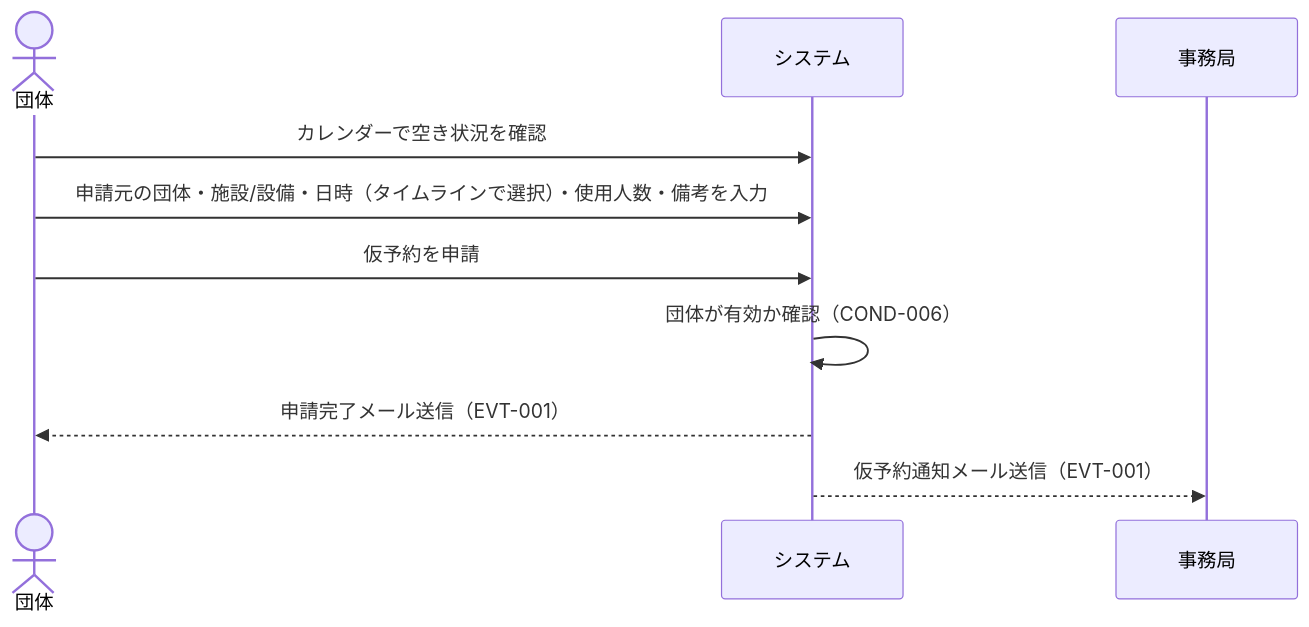
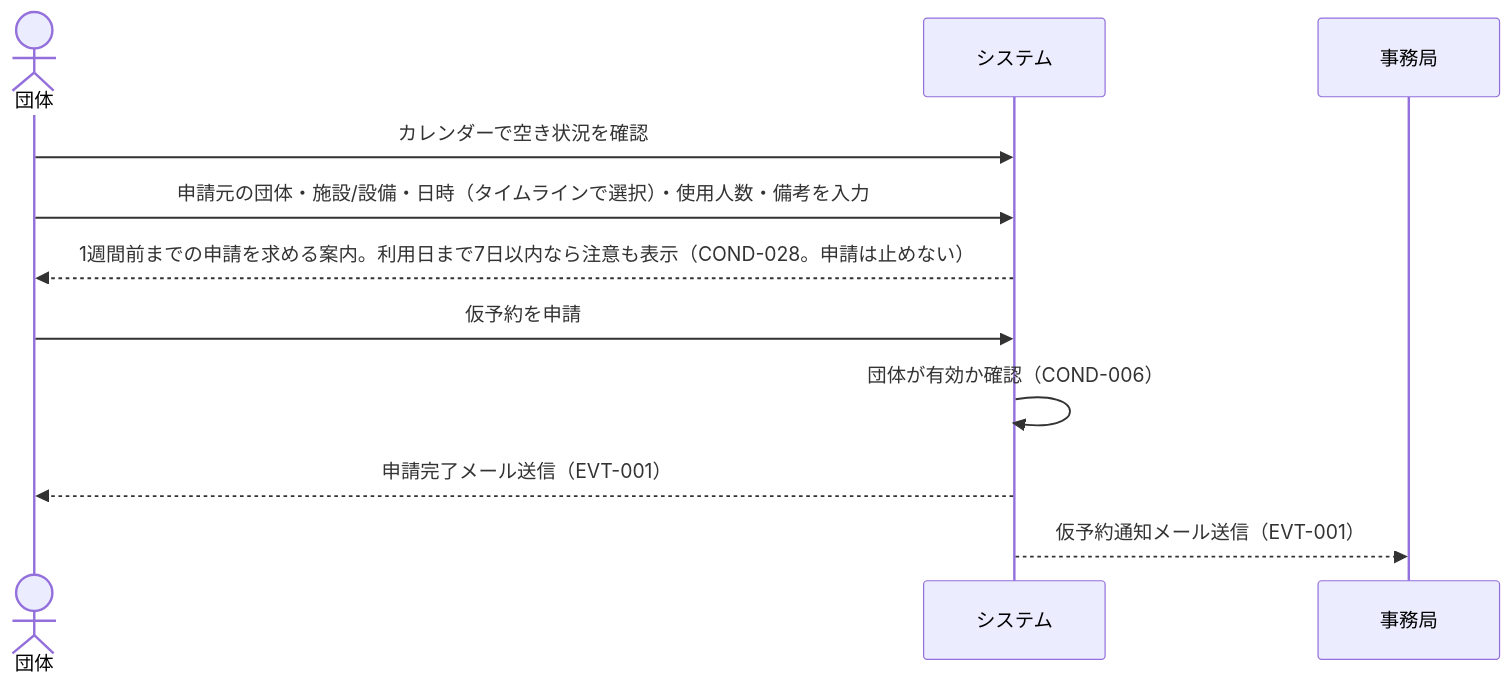
Before and after one commit to gdsc-osaka/iclub-reserve: the third of 8 diagrams in rdra/contexts/reservation-application.md, drawn with Mermaid. The commit also changed other lines of this file and 10 other files, not shown here.

````diff
--- a/rdra/contexts/reservation-application.md
+++ b/rdra/contexts/reservation-application.md
@@ -256,13 +269,14 @@
 ```mermaid
 sequenceDiagram
     actor 団体
     participant システム
     participant 事務局
 
     団体->>システム: カレンダーで空き状況を確認
     団体->>システム: 申請元の団体・施設/設備・日時（タイムラインで選択）・使用人数・備考を入力
+    システム-->>団体: 1週間前までの申請を求める案内。利用日まで7日以内なら注意も表示（COND-028。申請は止めない）
     団体->>システム: 仮予約を申請
     システム->>システム: 団体が有効か確認（COND-006）
     システム-->>団体: 申請完了メール送信（EVT-001）
     システム-->>事務局: 仮予約通知メール送信（EVT-001）
 ```
````
